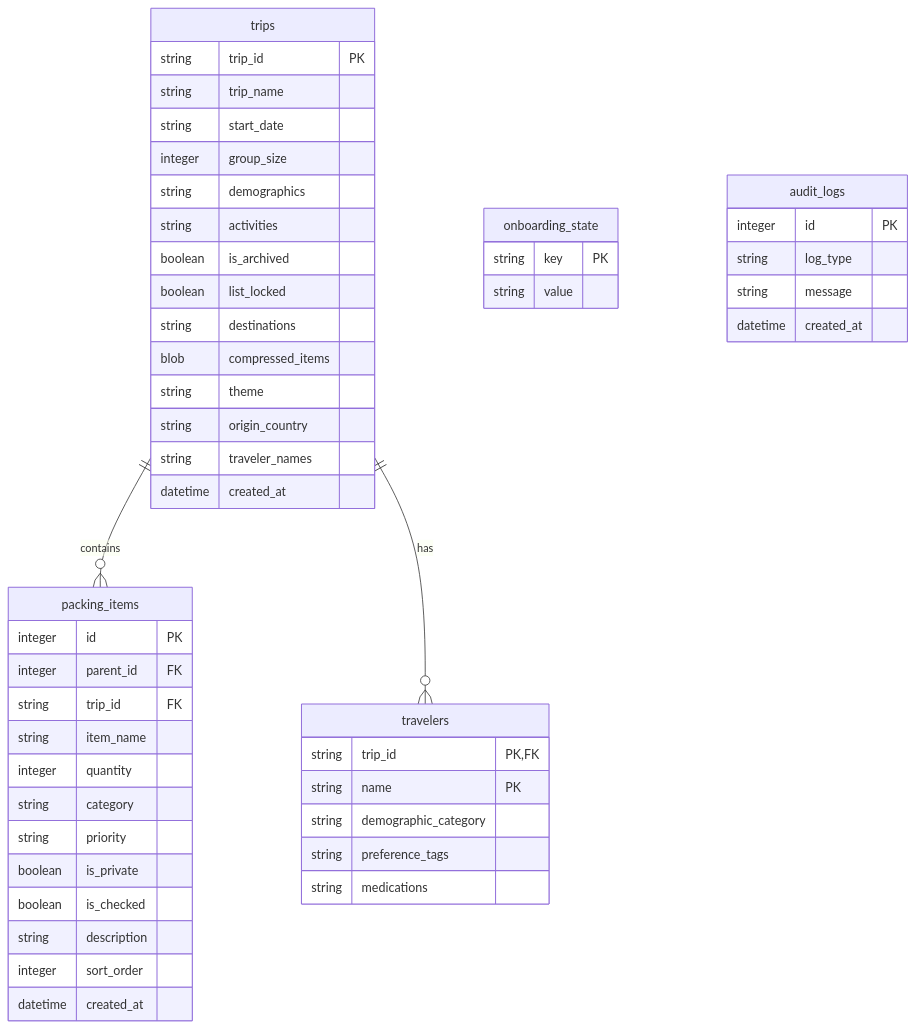
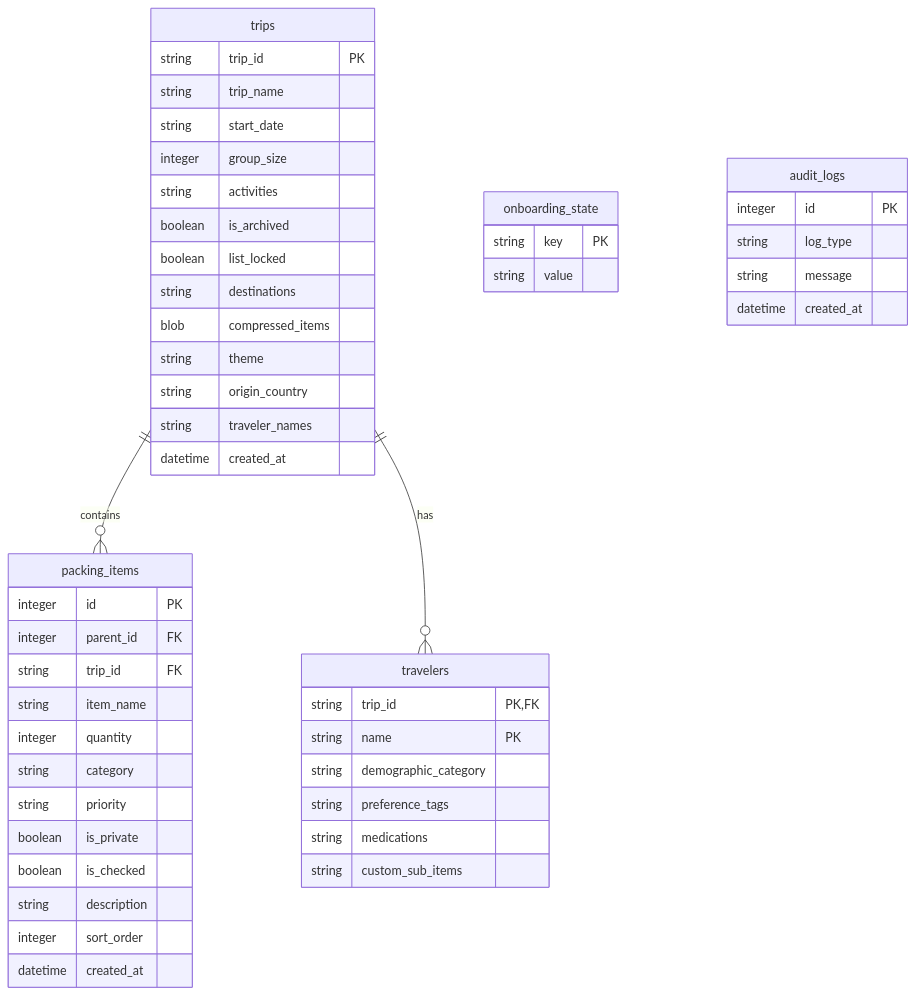
One commit to jskesner/tola-app changed the fourth of 4 diagrams in README.md. Above: the diagram before and after it, drawn with Mermaid. The commit also changed other lines of this file and 9 other files, not shown here.

````diff
--- a/README.md
+++ b/README.md
@@ -235,52 +234,52 @@
 ```mermaid
 erDiagram
     trips {
         string trip_id PK
         string trip_name
         string start_date
         integer group_size
-        string demographics
         string activities
         boolean is_archived
         boolean list_locked
         string destinations
         blob compressed_items
         string theme
         string origin_country
         string traveler_names
         datetime created_at
     }
     packing_items {
         integer id PK
         integer parent_id FK
         string trip_id FK
         string item_name
         integer quantity
         string category
         string priority
         boolean is_private
         boolean is_checked
         string description
         integer sort_order
         datetime created_at
     }
     onboarding_state {
         string key PK
         string value
     }
     audit_logs {
         integer id PK
         string log_type
         string message
         datetime created_at
     }
     travelers {
         string trip_id PK, FK
         string name PK
         string demographic_category
         string preference_tags
         string medications
+        string custom_sub_items
     }
     trips ||--o{ packing_items : contains
     trips ||--o{ travelers : has
 ```
````
